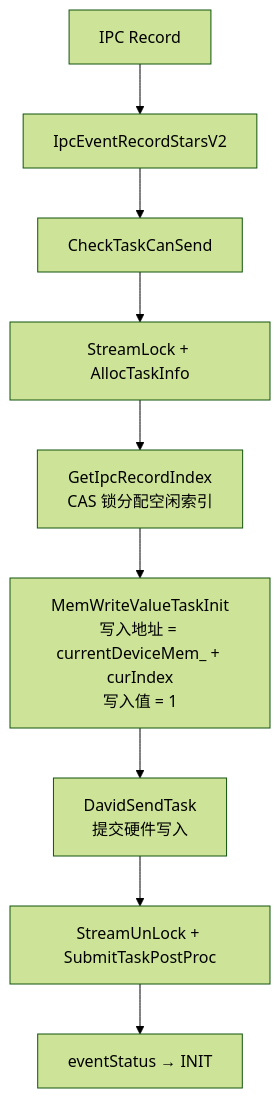
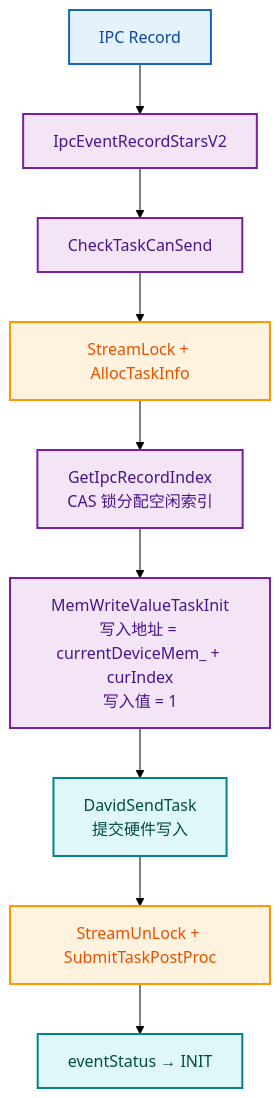
One commit to 18liumin/runtime changed the fifth of 11 diagrams in docs/design/modules/event/event.md. Above: the diagram before and after it, drawn with Mermaid (forest theme). The commit also changed other lines of this file, not shown here.

First line of the commit message:
docs/design/event: 参照task模块重构图表风格和内容结构

````diff
--- a/docs/design/modules/event/event.md
+++ b/docs/design/modules/event/event.md
@@ -244,11 +252,18 @@
 ```mermaid
+
 flowchart TD
-    A[IPC Record] --> B[IpcEventRecordStarsV2]
-    B --> C[CheckTaskCanSend]
-    C --> D[StreamLock + AllocTaskInfo]
-    D --> E[GetIpcRecordIndex<br/>CAS 锁分配空闲索引]
-    E --> F[MemWriteValueTaskInit<br/>写入地址 = currentDeviceMem_ + curIndex<br/>写入值 = 1]
-    F --> G[DavidSendTask<br/>提交硬件写入]
-    G --> H[StreamUnLock + SubmitTaskPostProc]
-    H --> I[eventStatus → INIT]
+    classDef userStyle fill:#E3F2FD,stroke:#1565C0,stroke-width:2px,color:#0D47A1
+    classDef lockStyle fill:#FFF3E0,stroke:#FF9800,stroke-width:2px,color:#E65100
+    classDef ipcStyle fill:#F3E5F5,stroke:#7B1FA2,stroke-width:2px,color:#4A148C
+    classDef successStyle fill:#E0F7FA,stroke:#00838F,stroke-width:2px,color:#004D40
+
+    A["IPC Record"]:::userStyle --> B["IpcEventRecordStarsV2"]:::ipcStyle
+    B --> C["CheckTaskCanSend"]:::ipcStyle
+    C --> D["StreamLock + AllocTaskInfo"]:::lockStyle
+    D --> E["GetIpcRecordIndex<br/>CAS 锁分配空闲索引"]:::ipcStyle
+    E --> F["MemWriteValueTaskInit<br/>写入地址 = currentDeviceMem_ + curIndex<br/>写入值 = 1"]:::ipcStyle
+    F --> G["DavidSendTask<br/>提交硬件写入"]:::successStyle
+    G --> H["StreamUnLock + SubmitTaskPostProc"]:::lockStyle
+    H --> I["eventStatus → INIT"]:::successStyle
+
 ```
````
